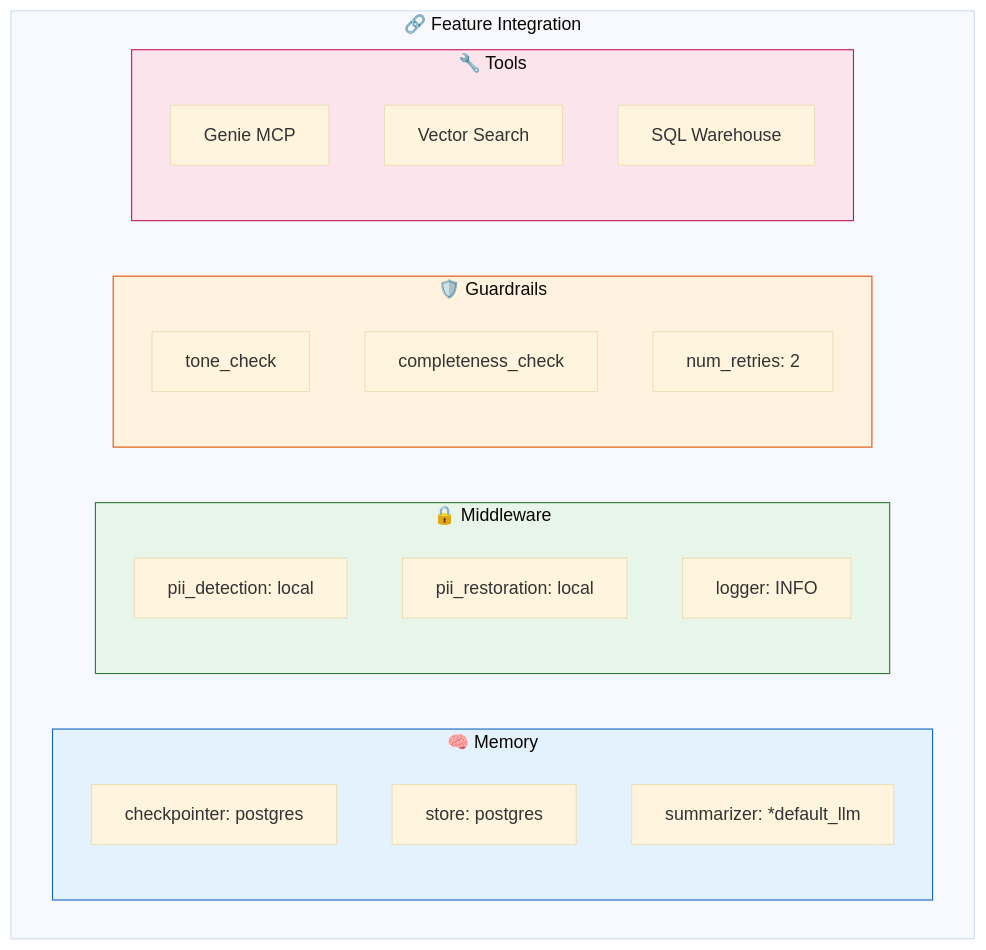
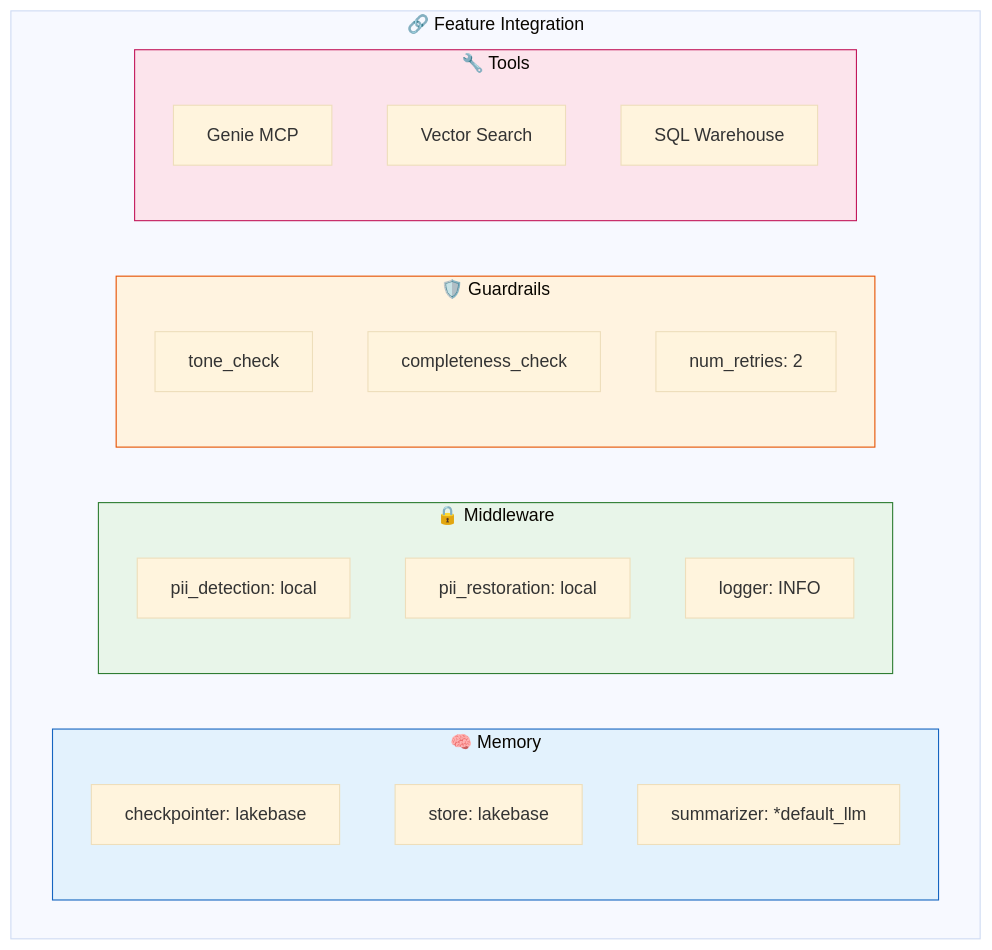
One commit to natefleming/retail-ai changed the sixth of 9 diagrams in config/examples/15_complete_applications/README.md. Above: the diagram before and after it, drawn with Mermaid. The commit also changed 16 other files, not shown here.

````diff
--- a/config/examples/15_complete_applications/README.md
+++ b/config/examples/15_complete_applications/README.md
@@ -324,34 +324,34 @@
 ```mermaid
 %%{init: {'theme': 'base'}}%%
 graph TB
     subgraph Integration["🔗 Feature Integration"]
         subgraph Memory["🧠 Memory"]
-            M1["checkpointer: postgres"]
-            M2["store: postgres"]
+            M1["checkpointer: lakebase"]
+            M2["store: lakebase"]
             M3["summarizer: *default_llm"]
         end
         
         subgraph Middleware["🔒 Middleware"]
             MW1["pii_detection: local"]
             MW2["pii_restoration: local"]
             MW3["logger: INFO"]
         end
         
         subgraph Guardrails["🛡️ Guardrails"]
             G1["tone_check"]
             G2["completeness_check"]
             G3["num_retries: 2"]
         end
         
         subgraph Tools["🔧 Tools"]
             T1["Genie MCP"]
             T2["Vector Search"]
             T3["SQL Warehouse"]
         end
     end
 
     style Memory fill:#e3f2fd,stroke:#1565c0
     style Middleware fill:#e8f5e9,stroke:#2e7d32
     style Guardrails fill:#fff3e0,stroke:#e65100
     style Tools fill:#fce4ec,stroke:#c2185b
 ```
````
